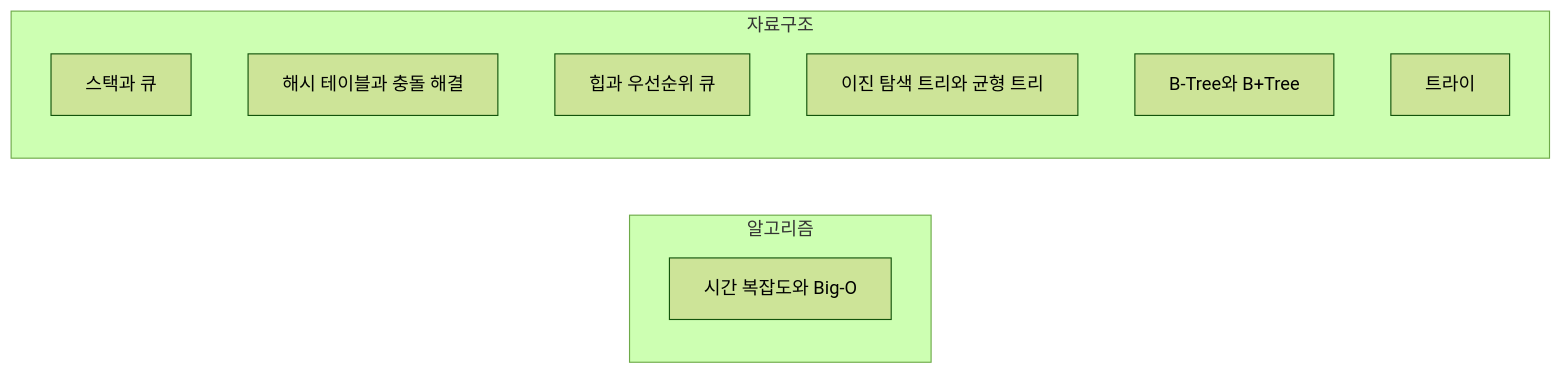
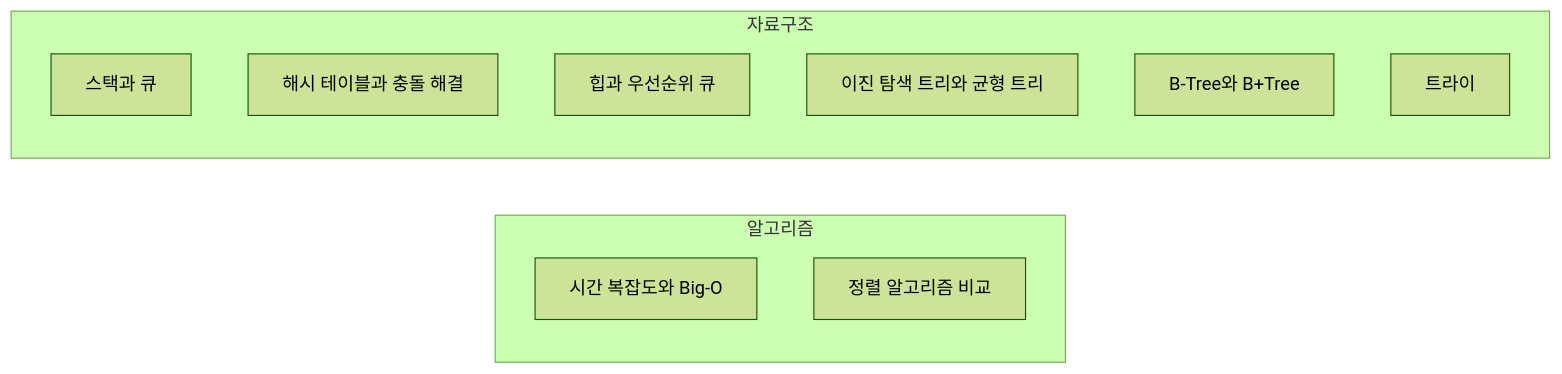
Before and after one commit to Jirunu/TodayToDo: the diagram in concepts.md, drawn with Mermaid (forest theme). The commit also changed other lines of this file and 8 other files, not shown here.

````diff
--- a/concepts.md
+++ b/concepts.md
@@ -7,14 +7,15 @@
 ```mermaid
 graph LR
   subgraph s0 ["알고리즘"]
     n6["시간 복잡도와 Big-O"]
+    n7["정렬 알고리즘 비교"]
   end
   subgraph s1 ["자료구조"]
     n0["스택과 큐"]
     n1["해시 테이블과 충돌 해결"]
     n2["힙과 우선순위 큐"]
     n3["이진 탐색 트리와 균형 트리"]
     n4["B-Tree와 B+Tree"]
     n5["트라이"]
   end
 ```
````
